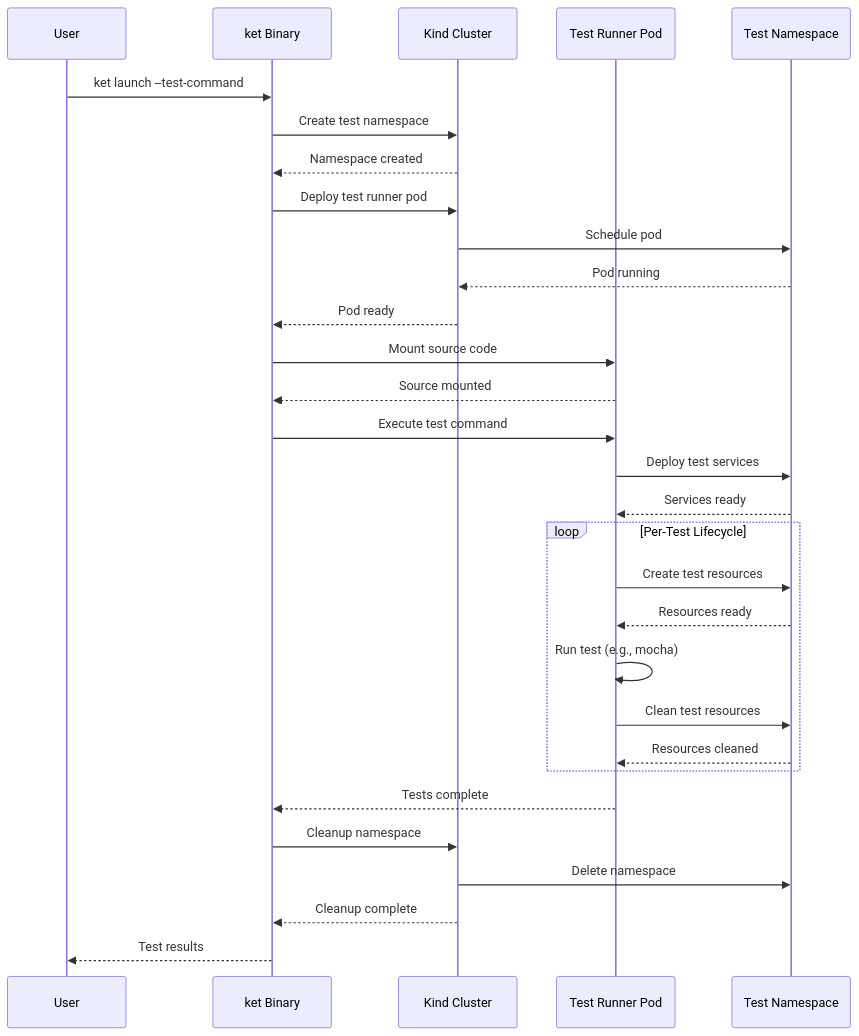
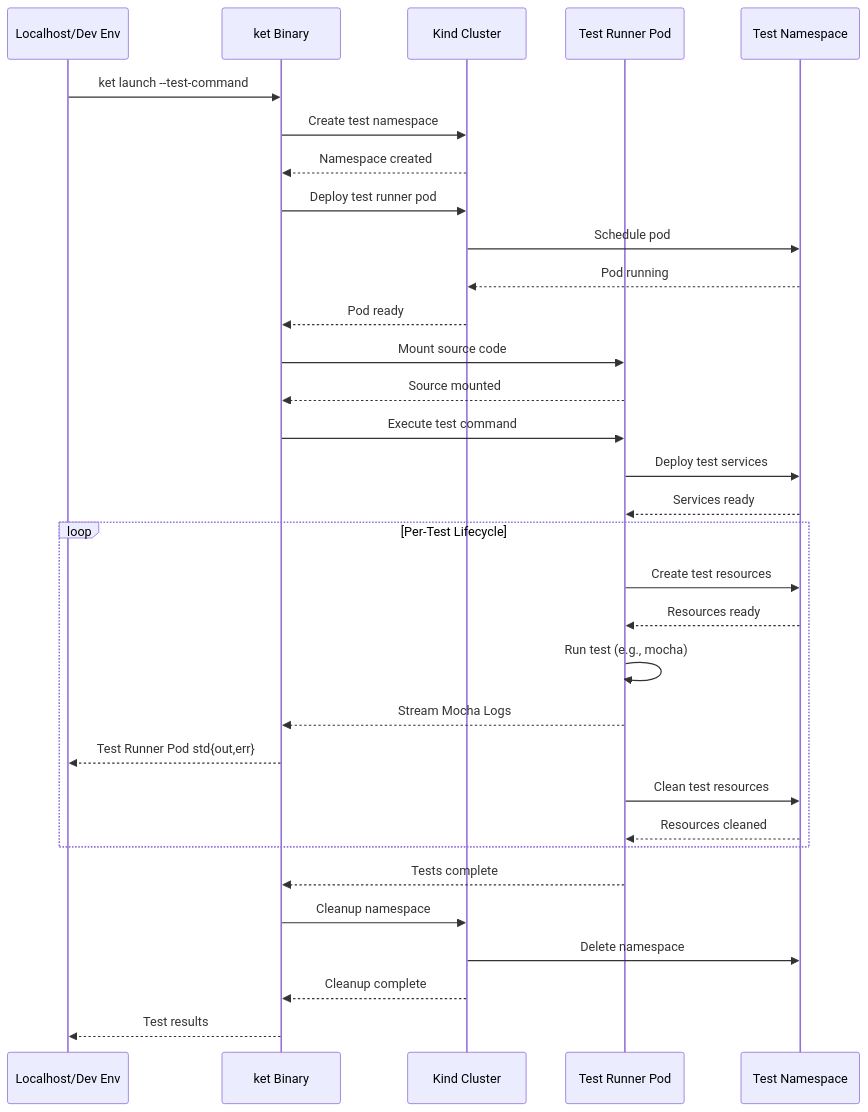
One commit to atidyshirt/kubernetes-test-runner changed the diagram in README.md. Above: the diagram before and after it, drawn with Mermaid.

Commit message:
MAINT: Update diagram to include stdout/stderr log streaming

````diff
--- a/README.md
+++ b/README.md
@@ -34,38 +34,40 @@
 ```mermaid
 sequenceDiagram
-    participant User
+    participant User as Localhost/Dev Env
     participant Ket as ket Binary
     participant Cluster as Kind Cluster
     participant TestPod as Test Runner Pod
     participant TestNamespace as Test Namespace
 
     User->>Ket: ket launch --test-command
     Ket->>Cluster: Create test namespace
     Cluster-->>Ket: Namespace created
-    
+
     Ket->>Cluster: Deploy test runner pod
     Cluster->>TestNamespace: Schedule pod
     TestNamespace-->>Cluster: Pod running
     Cluster-->>Ket: Pod ready
-    
+
     Ket->>TestPod: Mount source code
     TestPod-->>Ket: Source mounted
-    
+
     Ket->>TestPod: Execute test command
     TestPod->>TestNamespace: Deploy test services
     TestNamespace-->>TestPod: Services ready
-    
+
     loop Per-Test Lifecycle
         TestPod->>TestNamespace: Create test resources
         TestNamespace-->>TestPod: Resources ready
         TestPod->>TestPod: Run test (e.g., mocha)
+        TestPod-->>Ket: Stream Mocha Logs
+        Ket-->>User: Test Runner Pod std{out,err}
         TestPod->>TestNamespace: Clean test resources
         TestNamespace-->>TestPod: Resources cleaned
     end
-    
+
     TestPod-->>Ket: Tests complete
     Ket->>Cluster: Cleanup namespace
     Cluster->>TestNamespace: Delete namespace
     Cluster-->>Ket: Cleanup complete
     Ket-->>User: Test results
 ```
````
